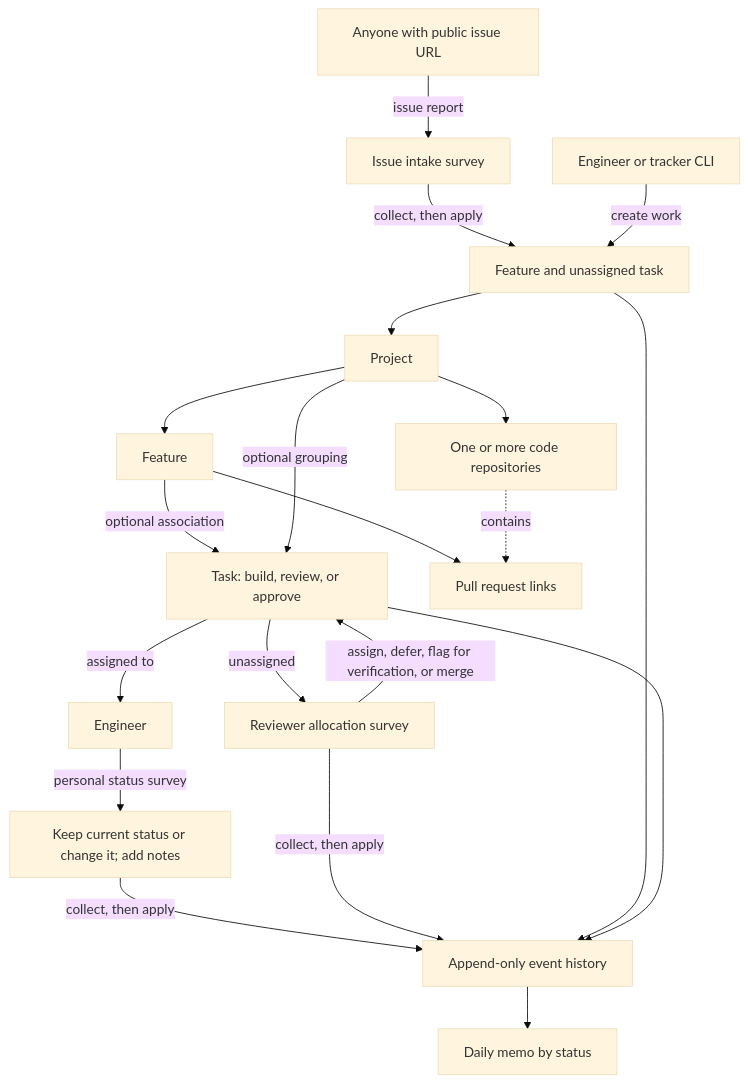
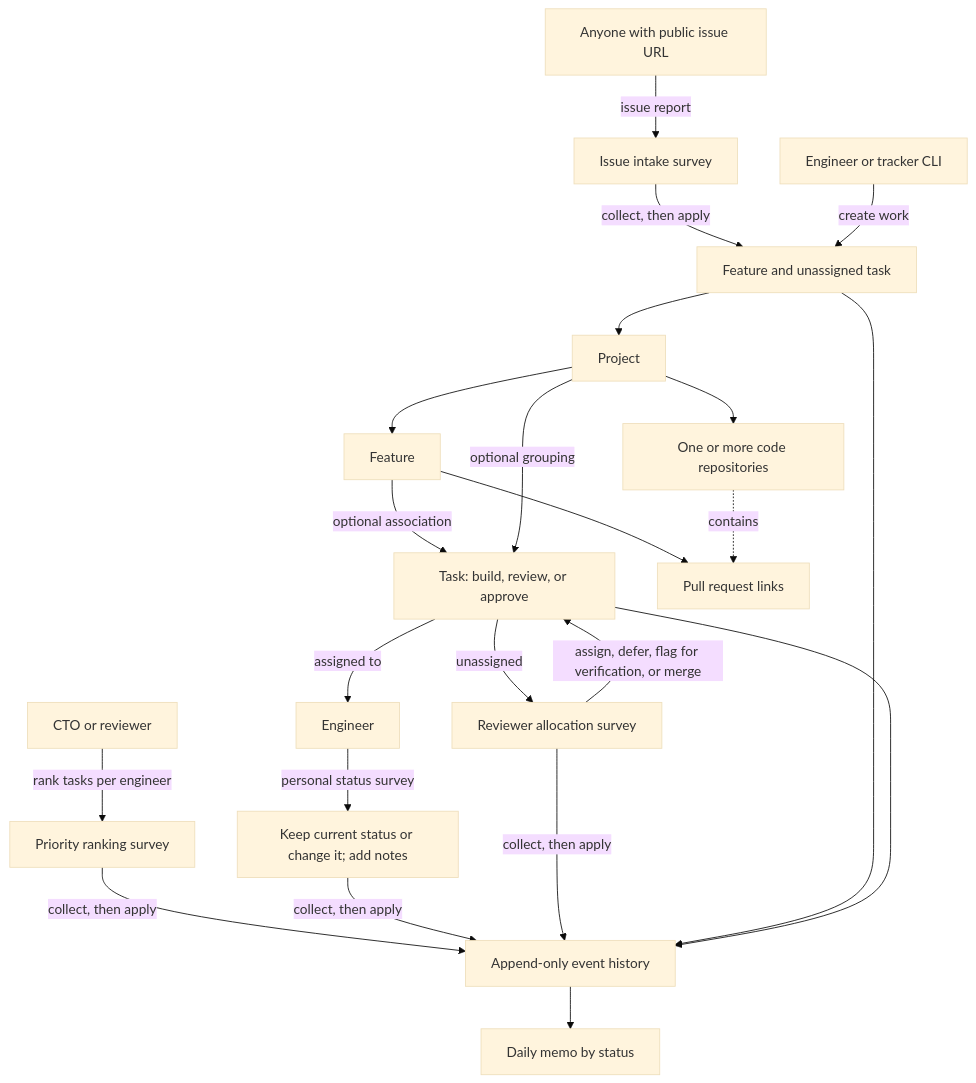
Before and after one commit to expectedparrot/tracker: the diagram in README.md, drawn with Mermaid (base theme). The commit also changed other lines of this file and 4 other files, not shown here.

Commit message:
Add engineer task priority ranking survey

````diff
--- a/README.md
+++ b/README.md
@@ -24,22 +26,24 @@
 ```mermaid
 flowchart TD
     Reporter[Anyone with public issue URL] -->|issue report| Intake[Issue intake survey]
     Intake -->|collect, then apply| New[Feature and unassigned task]
     Team[Engineer or tracker CLI] -->|create work| New
     New --> Project[Project]
     Project --> Feature[Feature]
     Feature -->|optional association| Task[Task: build, review, or approve]
     Project -->|optional grouping| Task
     Project --> Repos[One or more code repositories]
     Feature --> PRs[Pull request links]
     Repos -. contains .-> PRs
     Task -->|assigned to| Engineer[Engineer]
     Engineer -->|personal status survey| Updates[Keep current status or change it; add notes]
     Task -->|unassigned| Allocation[Reviewer allocation survey]
     Allocation -->|assign, defer, flag for verification, or merge| Task
+    CTO[CTO or reviewer] -->|rank tasks per engineer| Priorities[Priority ranking survey]
+    Priorities -->|collect, then apply| Events
     Updates -->|collect, then apply| Events[Append-only event history]
     Allocation -->|collect, then apply| Events
     New --> Events
     Task --> Events
     Events --> Memo[Daily memo by status]
 ```
````
